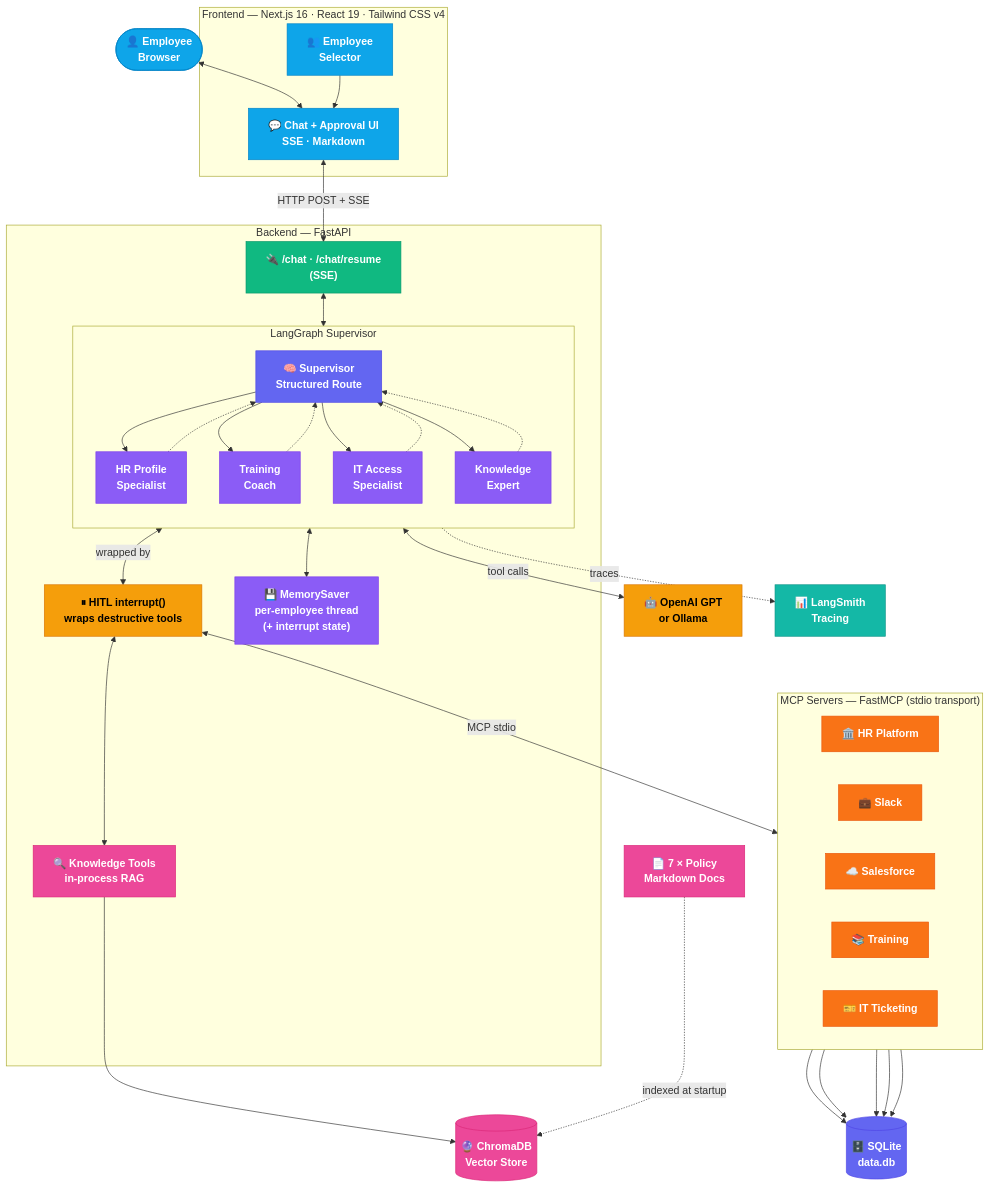
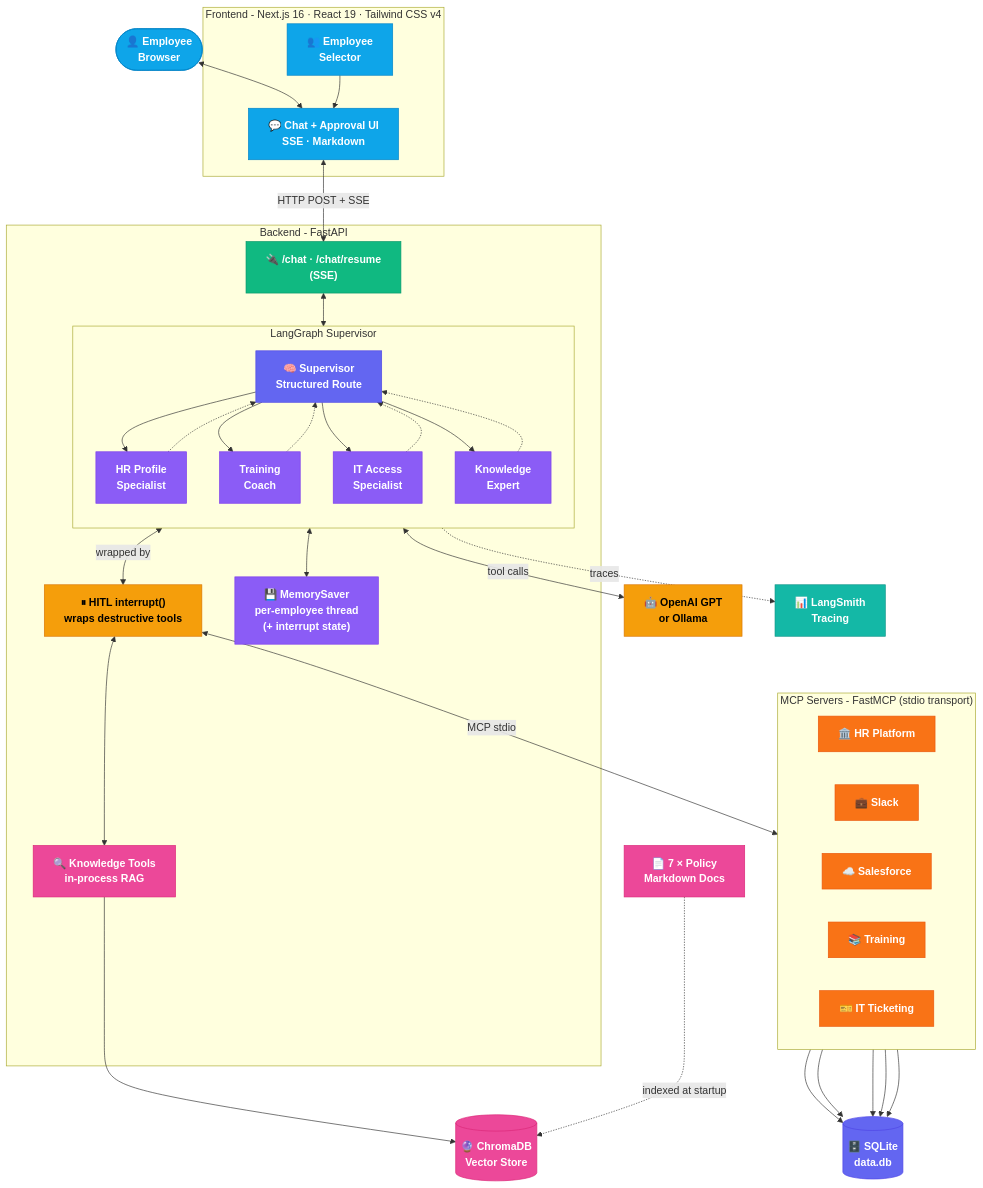
The first of 7 diagrams in README.md (alyab16/Employee-Onboarding-Agent), drawn with Mermaid before and after one commit. The commit also changed other lines of this file, not shown here.

````diff
--- a/README.md
+++ b/README.md
@@ -35,67 +35,67 @@
 ```mermaid
 flowchart TB
     classDef ui fill:#0EA5E9,stroke:#0284C7,color:#fff,font-weight:bold
     classDef api fill:#10B981,stroke:#059669,color:#fff,font-weight:bold
     classDef sup fill:#6366F1,stroke:#4F46E5,color:#fff,font-weight:bold
     classDef agent fill:#8B5CF6,stroke:#7C3AED,color:#fff,font-weight:bold
     classDef llm fill:#F59E0B,stroke:#D97706,color:#000,font-weight:bold
     classDef mcp fill:#F97316,stroke:#EA580C,color:#fff,font-weight:bold
     classDef db fill:#6366F1,stroke:#4F46E5,color:#fff,font-weight:bold
     classDef rag fill:#EC4899,stroke:#DB2777,color:#fff,font-weight:bold
     classDef trace fill:#14B8A6,stroke:#0D9488,color:#fff,font-weight:bold
     classDef hitl fill:#F59E0B,stroke:#D97706,color:#000,font-weight:bold
 
     User(["👤 Employee\nBrowser"]):::ui
 
-    subgraph FE ["Frontend — Next.js 16 · React 19 · Tailwind CSS v4"]
+    subgraph FE ["Frontend - Next.js 16 · React 19 · Tailwind CSS v4"]
         Chat["💬 Chat + Approval UI\nSSE · Markdown"]:::ui
         Selector["👥 Employee\nSelector"]:::ui
     end
 
-    subgraph BE ["Backend — FastAPI"]
+    subgraph BE ["Backend - FastAPI"]
         API["🔌 /chat · /chat/resume\n(SSE)"]:::api
         subgraph GRAPH ["LangGraph Supervisor"]
             direction TB
             Sup["🧠 Supervisor\nStructured Route"]:::sup
             HRP["HR Profile\nSpecialist"]:::agent
             TRC["Training\nCoach"]:::agent
             ITA["IT Access\nSpecialist"]:::agent
             KNW["Knowledge\nExpert"]:::agent
             Sup --> HRP & TRC & ITA & KNW
             HRP & TRC & ITA & KNW -.-> Sup
         end
         HITL["⏸ HITL interrupt()\nwraps destructive tools"]:::hitl
         Mem["💾 MemorySaver\nper-employee thread\n(+ interrupt state)"]:::agent
         KT["🔍 Knowledge Tools\nin-process RAG"]:::rag
     end
 
     LLM["🤖 OpenAI GPT\nor Ollama"]:::llm
     LS["📊 LangSmith\nTracing"]:::trace
 
-    subgraph MCP ["MCP Servers — FastMCP (stdio transport)"]
+    subgraph MCP ["MCP Servers - FastMCP (stdio transport)"]
         direction LR
         HR["🏛️ HR Platform"]:::mcp
         SL["💼 Slack"]:::mcp
         SF["☁️ Salesforce"]:::mcp
         TR["📚 Training"]:::mcp
         IT["🎫 IT Ticketing"]:::mcp
     end
 
     SQLite[("🗄️ SQLite\ndata.db")]:::db
     Chroma[("🔮 ChromaDB\nVector Store")]:::rag
     Docs["📄 7 × Policy\nMarkdown Docs"]:::rag
 
     User <--> Chat
     Selector --> Chat
     Chat <-->|"HTTP POST + SSE"| API
     API <--> GRAPH
     GRAPH <--> Mem
     GRAPH <-->|"tool calls"| LLM
     GRAPH -.->|"traces"| LS
     GRAPH <-->|"wrapped by"| HITL
     HITL <-->|"MCP stdio"| MCP
     HITL <--> KT
     HR & SL & SF & TR & IT --> SQLite
     KT --> Chroma
     Docs -.->|"indexed at startup"| Chroma
 ```
````
